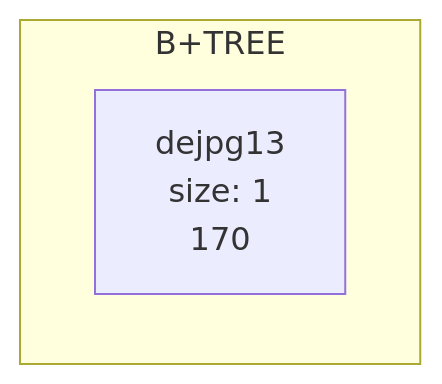
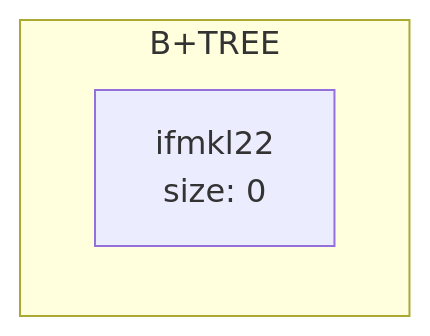
Before and after one commit to shiridikumar/phase1_dup: the first of 2 diagrams in data/chart.md, drawn with Mermaid. The commit also changed other lines of this file and 142 other files, not shown here.

````diff
--- a/data/chart.md
+++ b/data/chart.md
@@ -1,6 +1,6 @@
 ```mermaid
 graph TD
 subgraph B+TREE
-dejpg13[dejpg13<br/>size: 1<br/>170 ]
+ifmkl22[ifmkl22<br/>size: 0<br/>]
 end
 ```
````
